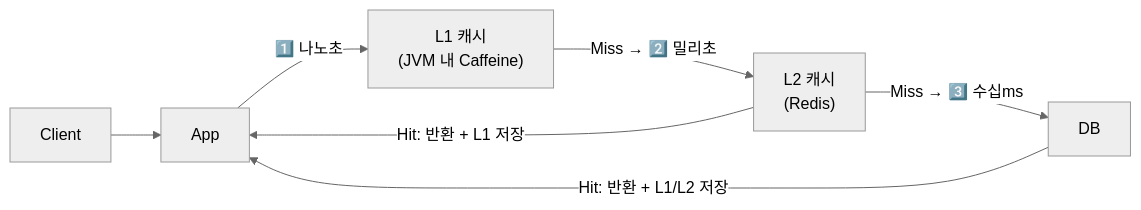
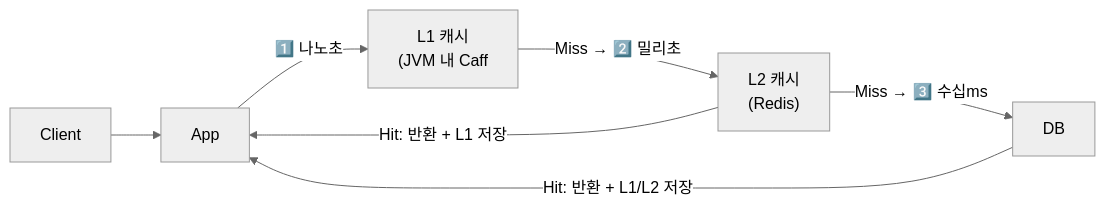
Before and after one commit to yjkim2015/yjkim2015.github.io: the sixth of 6 diagrams in _posts/caching/2026-05-01-caching-strategy.md, drawn with Mermaid (neutral theme). The commit also changed other lines of this file and 271 other files, not shown here.

First line of the commit message:
Mermaid 라벨 축소: 긴 노드 텍스트 18자 이하로 트림 + \n 제거

````diff
--- a/_posts/caching/2026-05-01-caching-strategy.md
+++ b/_posts/caching/2026-05-01-caching-strategy.md
@@ -374,9 +374,9 @@
 ```mermaid
 graph LR
     Client --> App
-    App -->|"1️⃣ 나노초"| L1["L1 캐시\n(JVM 내 Caffeine)"]
+    App -->|"1️⃣ 나노초"| L1["L1 캐시\n(JVM 내 Caff"]
     L1 -->|"Miss → 2️⃣ 밀리초"| L2["L2 캐시\n(Redis)"]
     L2 -->|"Miss → 3️⃣ 수십ms"| DB["DB"]
     L2 -->|"Hit: 반환 + L1 저장"| App
     DB -->|"Hit: 반환 + L1/L2 저장"| App
 ```
````
